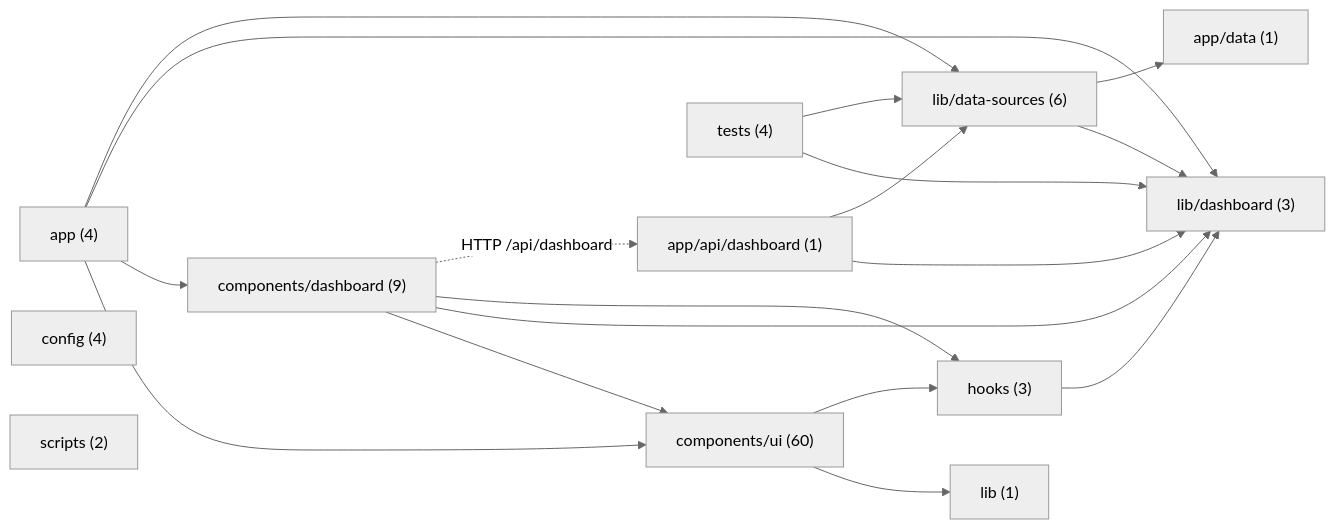
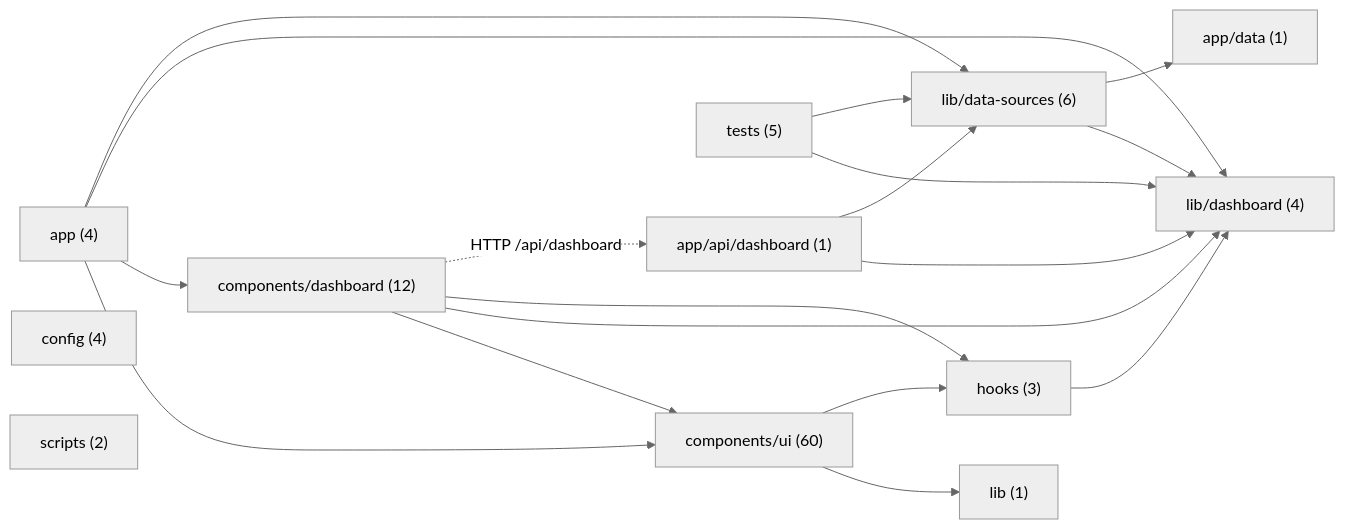
Before and after one commit to Danberl4k3/Dashboard: the diagram in docs/PROJECT_MAP.md, drawn with Mermaid (neutral theme). The commit also changed other lines of this file and 11 other files, not shown here.

````diff
--- a/docs/PROJECT_MAP.md
+++ b/docs/PROJECT_MAP.md
@@ -1,32 +1,32 @@
 ```mermaid
 graph LR
   g0["app (4)"]
   g1["app/api/dashboard (1)"]
   g2["app/data (1)"]
-  g3["components/dashboard (9)"]
+  g3["components/dashboard (12)"]
   g4["components/ui (60)"]
   g5["config (4)"]
   g6["hooks (3)"]
   g7["lib (1)"]
-  g8["lib/dashboard (3)"]
+  g8["lib/dashboard (4)"]
   g9["lib/data-sources (6)"]
   g10["scripts (2)"]
-  g11["tests (4)"]
+  g11["tests (5)"]
   g1 --> g8
   g1 --> g9
   g0 --> g4
   g0 --> g3
   g0 --> g8
   g0 --> g9
   g3 --> g4
   g3 --> g8
   g3 --> g6
   g3 -.->|"HTTP /api/dashboard"| g1
   g4 --> g7
   g4 --> g6
   g6 --> g8
   g9 --> g8
   g9 --> g2
   g11 --> g8
   g11 --> g9
 ```
````
